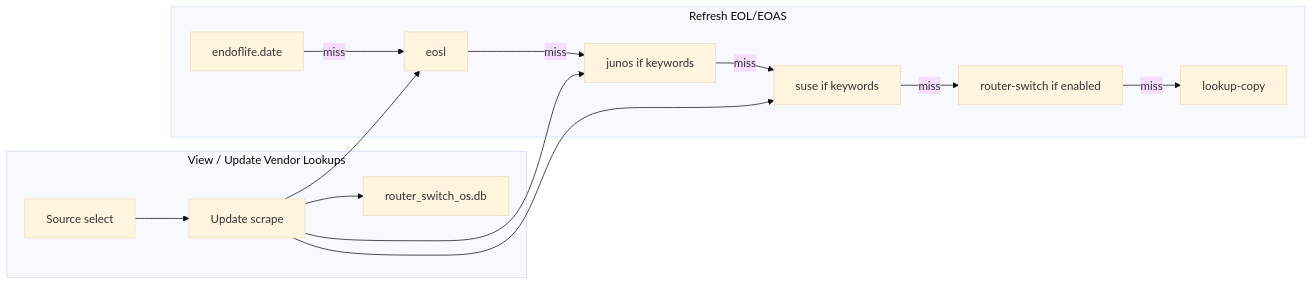
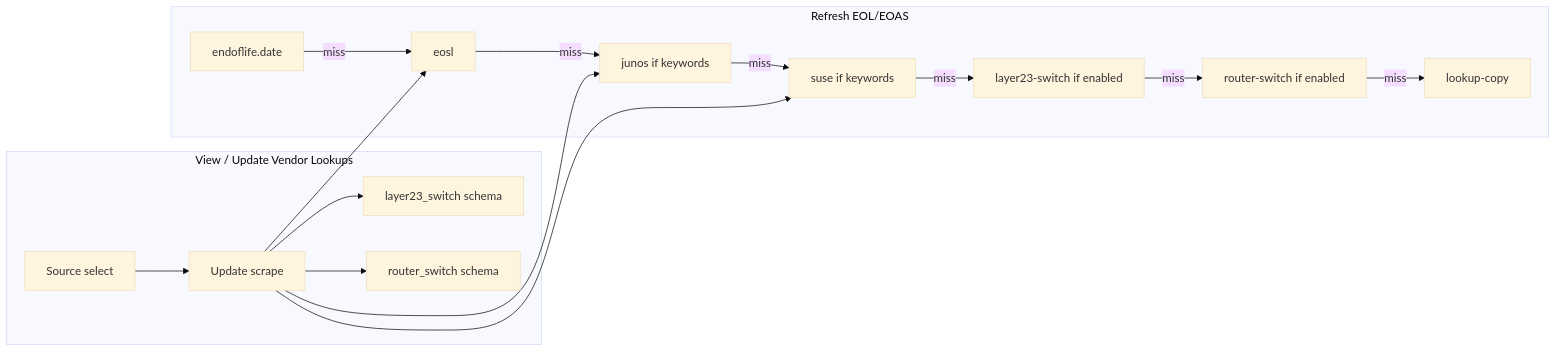
The fifth of 7 diagrams in README.md (jibinge0rge/OS-Health-Check), drawn with Mermaid (base theme) before and after one commit. The commit also changed other lines of this file and 32 other files, not shown here.

````diff
--- a/README.md
+++ b/README.md
@@ -318,18 +491,20 @@
 ```mermaid
 flowchart LR
   subgraph refresh [Refresh EOL/EOAS]
     A[endoflife.date] -->|miss| D[eosl]
     D -->|miss| C[junos if keywords]
     C -->|miss| S[suse if keywords]
-    S -->|miss| RS[router-switch if enabled]
+    S -->|miss| L23[layer23-switch if enabled]
+    L23 -->|miss| RS[router-switch if enabled]
     RS -->|miss| E[lookup-copy]
   end
 
   subgraph viewer [View / Update Vendor Lookups]
     V[Source select] --> U[Update scrape]
     U --> C
     U --> S
     U --> D
-    U --> RS2[router_switch_os.db]
+    U --> L232[layer23_switch schema]
+    U --> RS2[router_switch schema]
   end
 ```
````
